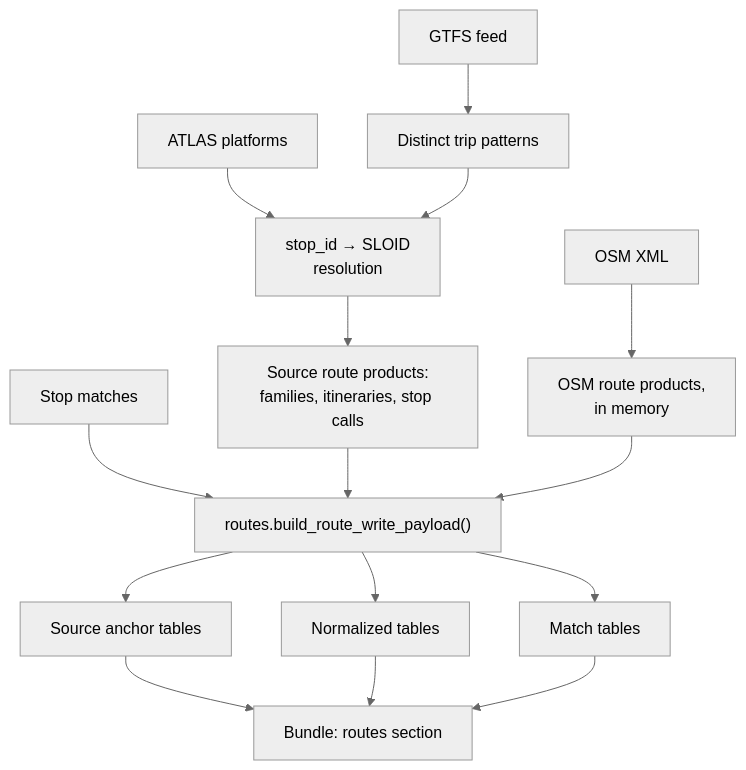
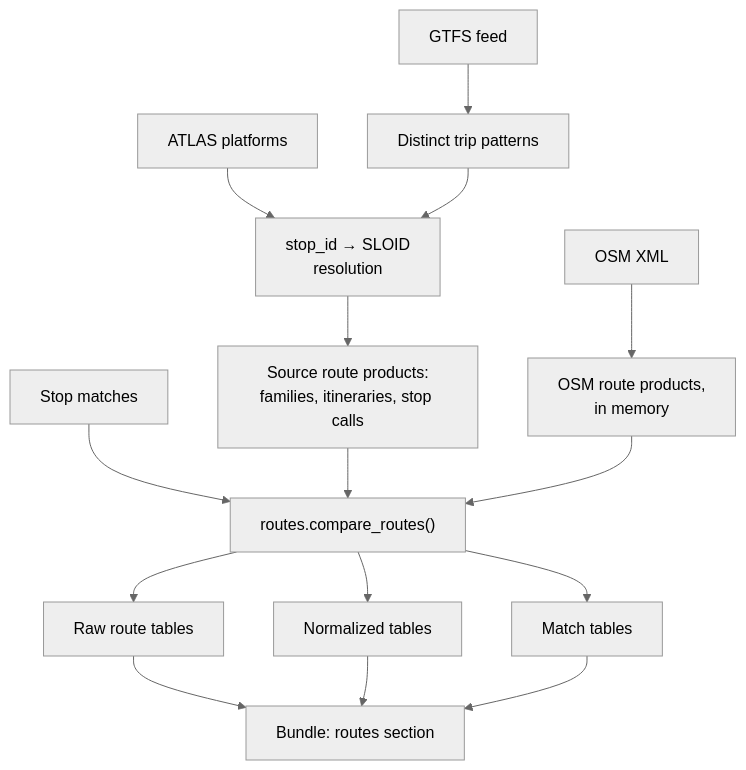
The diagram in documentation/3.1 Route Pipeline Data Flow.md (openTdataCH/osm-public-transport-matcher), drawn with Mermaid (neutral theme) before and after one commit. The commit also changed other lines of this file and 155 other files, not shown here.

````diff
--- a/documentation/3.1 Route Pipeline Data Flow.md
+++ b/documentation/3.1 Route Pipeline Data Flow.md
@@ -5,17 +5,17 @@
 ```mermaid
 flowchart TD
     G["GTFS feed"] --> P["Distinct trip patterns"]
     A["ATLAS platforms"] --> I["stop_id → SLOID<br/>resolution"]
     P --> I
     I --> S["Source route products:<br/>families, itineraries, stop calls"]
     X["OSM XML"] --> O["OSM route products,<br/>in memory"]
-    M["Stop matches"] --> N["routes.build_route_write_payload()"]
+    M["Stop matches"] --> N["routes.compare_routes()"]
     S --> N
     O --> N
-    N --> T1["Source anchor tables"]
+    N --> T1["Raw route tables"]
     N --> T2["Normalized tables"]
     N --> T3["Match tables"]
     T1 --> B["Bundle: routes section"]
     T2 --> B
     T3 --> B
 ```
````
